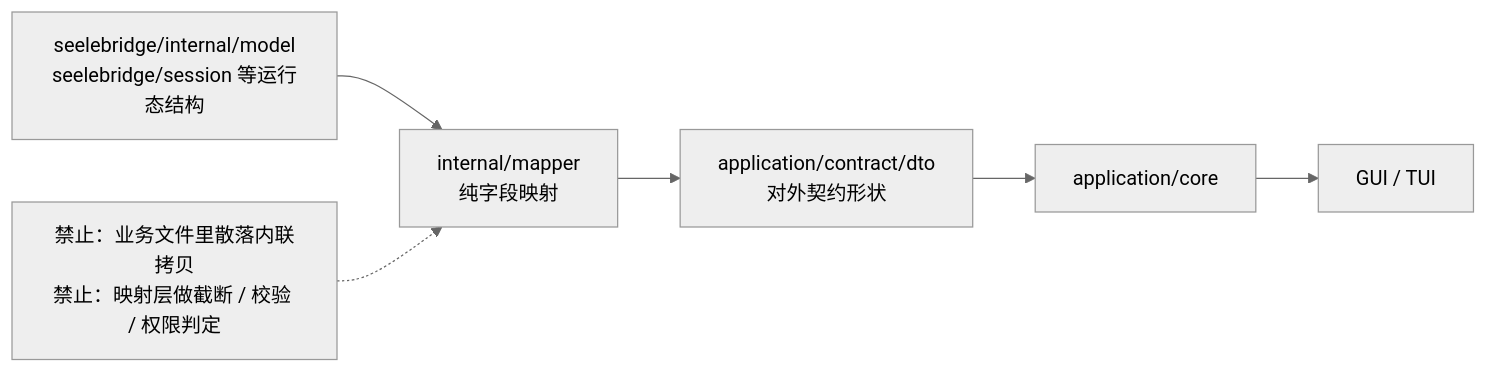
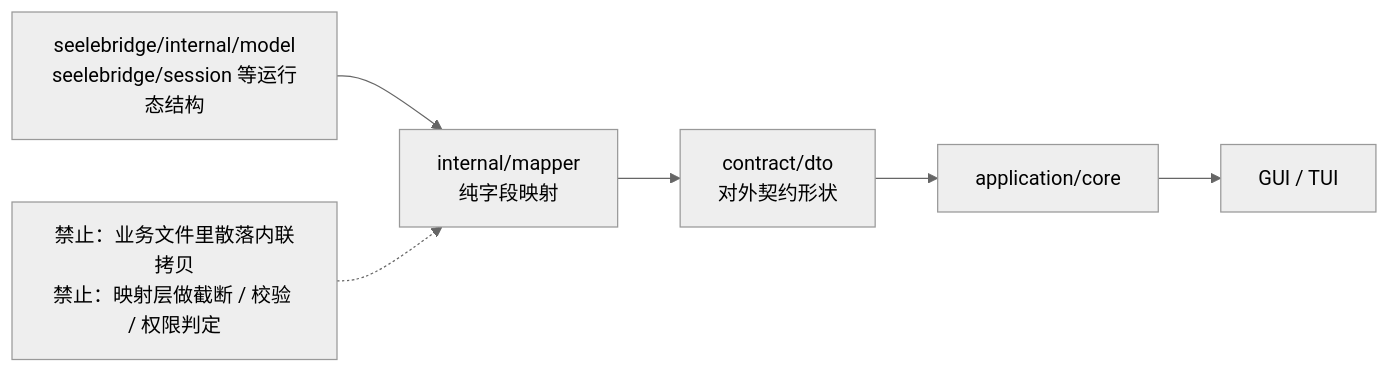
The diagram in seelebridge/internal/mapper/README.md (RedHuang-0622/seelex), drawn with Mermaid (neutral theme) before and after one commit. The commit also changed other lines of this file and 1013 other files, not shown here.

````diff
--- a/seelebridge/internal/mapper/README.md
+++ b/seelebridge/internal/mapper/README.md
@@ -17,8 +17,8 @@
 ```mermaid
 flowchart LR
     INTERNAL["seelebridge/internal/model<br/>seelebridge/session 等运行态结构"] --> MAPPER["internal/mapper<br/>纯字段映射"]
-    MAPPER --> DTO["application/contract/dto<br/>对外契约形状"]
+    MAPPER --> DTO["contract/dto<br/>对外契约形状"]
     DTO --> APP["application/core"]
     APP --> FE["GUI / TUI"]
     NOTE["禁止：业务文件里散落内联拷贝<br/>禁止：映射层做截断 / 校验 / 权限判定"] -.-> MAPPER
 ```
````
